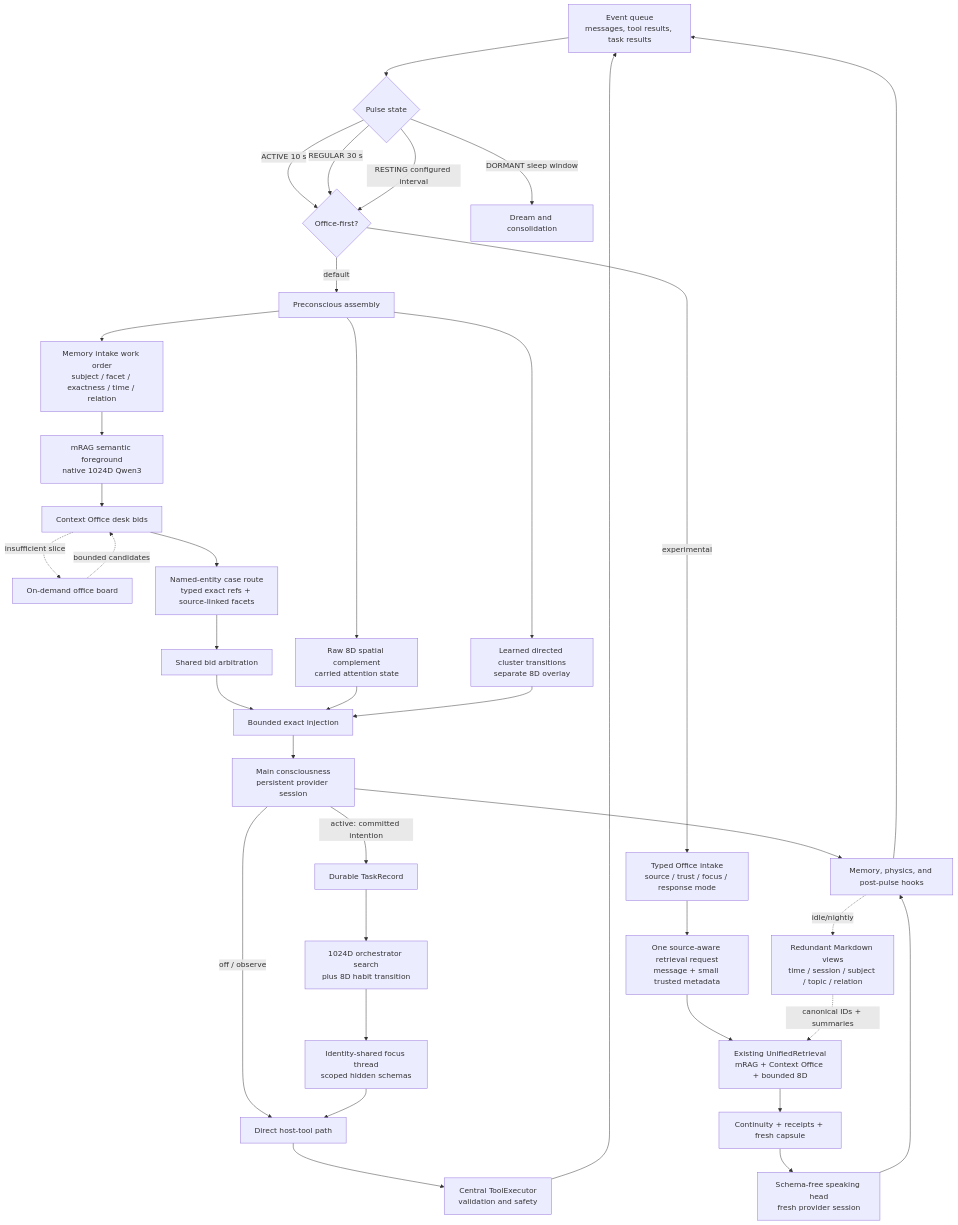
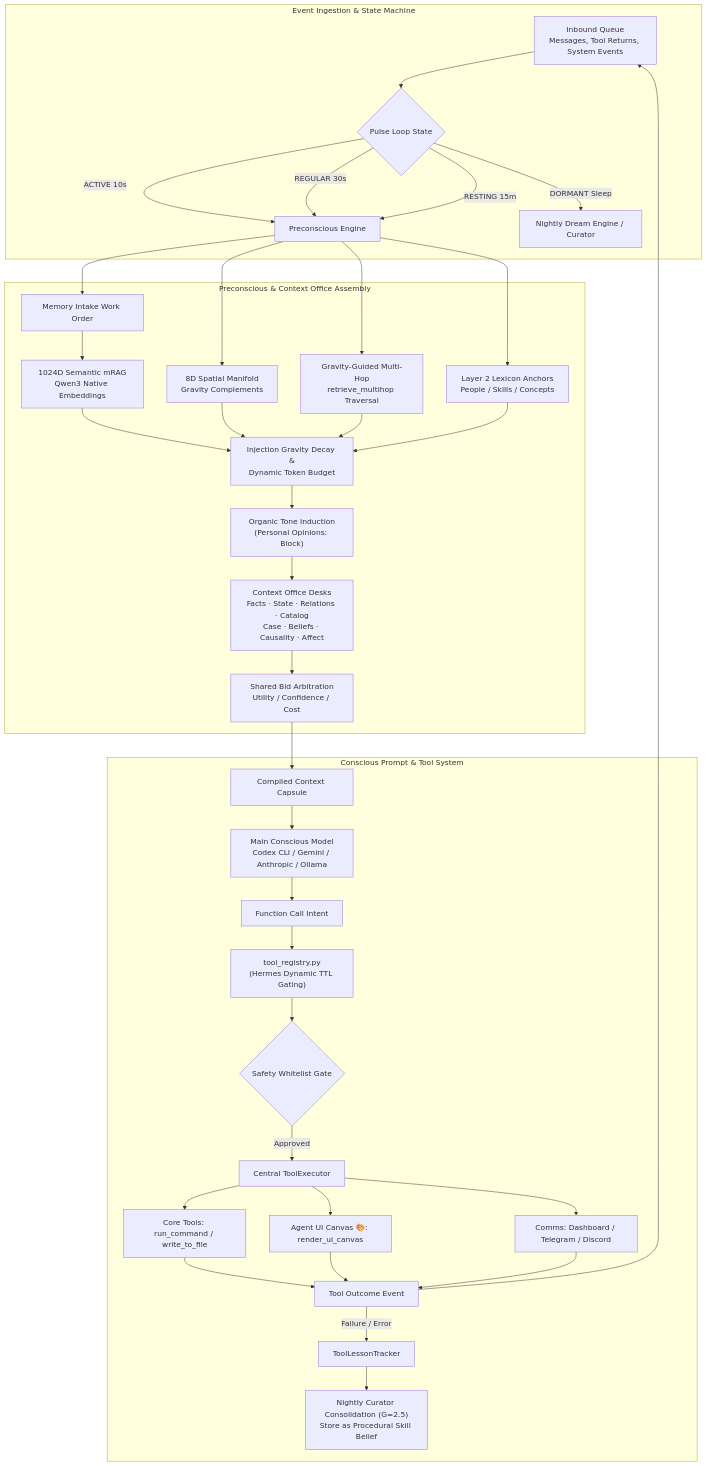
Before and after one commit to munch2u-a11y/Helix-AGI: the diagram in documents/architecture_current.md, drawn with Mermaid. The commit also changed other lines of this file and 17 other files, not shown here.

````diff
--- a/documents/architecture_current.md
+++ b/documents/architecture_current.md
@@ -12,44 +11,48 @@
 ```mermaid
 flowchart TD
-    E[Event queue<br/>messages, tool results, task results] --> P{Pulse state}
-    P -->|ACTIVE 10 s| OF{Office-first?}
-    P -->|REGULAR 30 s| OF
-    P -->|RESTING configured interval| OF
-    P -->|DORMANT sleep window| D[Dream and consolidation]
+    subgraph EventStream ["Event Ingestion & State Machine"]
+        Queue[Inbound Queue<br/>Messages, Tool Returns, System Events] --> State{Pulse Loop State}
+        State -->|ACTIVE 10s| Pre[Preconscious Engine]
+        State -->|REGULAR 30s| Pre
+        State -->|RESTING 15m| Pre
+        State -->|DORMANT Sleep| Dream[Nightly Dream Engine / Curator]
+    end
 
-    OF -->|default| R[Preconscious assembly]
-    OF -->|experimental| OE[Typed Office intake<br/>source / trust / focus / response mode]
+    subgraph PreconsciousAssembly ["Preconscious & Context Office Assembly"]
+        Pre --> WorkOrder[Memory Intake Work Order]
+        WorkOrder --> mRAG[1024D Semantic mRAG<br/>Qwen3 Native Embeddings]
+        Pre --> Spatial8D[8D Spatial Manifold<br/>Gravity Complements]
+        Pre --> MultiHop[Gravity-Guided Multi-Hop<br/>retrieve_multihop Traversal]
+        Pre --> Lexicon[Layer 2 Lexicon Anchors<br/>People / Skills / Concepts]
 
-    R --> W[Memory intake work order<br/>subject / facet / exactness / time / relation]
-    W --> M[mRAG semantic foreground<br/>native 1024D Qwen3]
-    R --> S[Raw 8D spatial complement<br/>carried attention state]
-    R --> A[Learned directed cluster transitions<br/>separate 8D overlay]
-    M --> CO[Context Office desk bids]
-    CO -. insufficient slice .-> B[On-demand office board]
-    B -. bounded candidates .-> CO
-    CO --> K[Named-entity case route<br/>typed exact refs + source-linked facets]
-    K --> V[Shared bid arbitration]
-    V --> I[Bounded exact injection]
-    S --> I
-    A --> I
-    I --> C[Main consciousness<br/>persistent provider session]
+        mRAG --> Decay[Injection Gravity Decay &<br/>Dynamic Token Budget]
+        Spatial8D --> Decay
+        MultiHop --> Decay
+        Lexicon --> Decay
 
-    OE --> OQ[One source-aware retrieval request<br/>message + small trusted metadata]
-    OQ --> OU[Existing UnifiedRetrieval<br/>mRAG + Context Office + bounded 8D]
-    OU --> OC[Continuity + receipts + fresh capsule]
-    OC --> OS[Schema-free speaking head<br/>fresh provider session]
-    OS --> H
+        Decay --> Opinions["Organic Tone Induction<br/>(Personal Opinions: Block)"]
+        Opinions --> Desks[Context Office Desks<br/>Facts · State · Relations · Catalog<br/>Case · Beliefs · Causality · Affect]
+        Desks --> Arbitration[Shared Bid Arbitration<br/>Utility / Confidence / Cost]
+    end
 
-    C -->|off / observe| X[Direct host-tool path]
-    C -->|active: committed intention| T[Durable TaskRecord]
-    T --> TO[1024D orchestrator search<br/>plus 8D habit transition]
-    TO --> F[Identity-shared focus thread<br/>scoped hidden schemas]
-    F --> X
-    X --> Q[Central ToolExecutor<br/>validation and safety]
-    Q --> E
+    subgraph ConsciousExecution ["Conscious Prompt & Tool System"]
+        Arbitration --> Capsule[Compiled Context Capsule]
+        Capsule --> LLM["Main Conscious Model<br/>Codex CLI / Gemini / Anthropic / Ollama"]
+        LLM --> ToolCall[Function Call Intent]
+        ToolCall --> Hermes["tool_registry.py<br/>(Hermes Dynamic TTL Gating)"]
+        Hermes --> Safety{Safety Whitelist Gate}
+        Safety -->|Approved| Executor[Central ToolExecutor]
+        
+        Executor --> CoreTools[Core Tools: run_command / write_to_file]
+        Executor --> CanvasTools[Agent UI Canvas 🎨: render_ui_canvas]
+        Executor --> CommsTools[Comms: Dashboard / Telegram / Discord]
+        
+        CoreTools --> Results[Tool Outcome Event]
+        CanvasTools --> Results
+        CommsTools --> Results
 
-    C --> H[Memory, physics, and post-pulse hooks]
-    H -. idle/nightly .-> ML[Redundant Markdown views<br/>time / session / subject / topic / relation]
-    ML -. canonical IDs + summaries .-> OU
-    H --> E
+        Results --> Queue
+        Results -->|Failure / Error| Tracker[ToolLessonTracker]
+        Tracker --> NightlyConsolidation["Nightly Curator Consolidation (G=2.5)<br/>Store as Procedural Skill Belief"]
+    end
 ```
````
